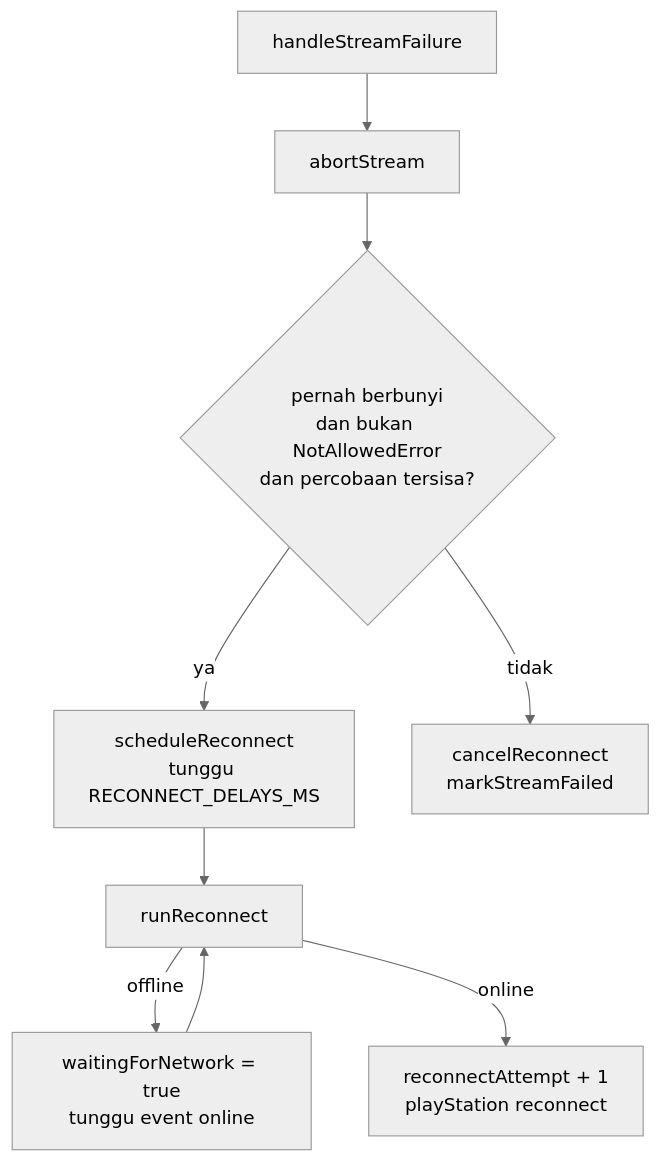
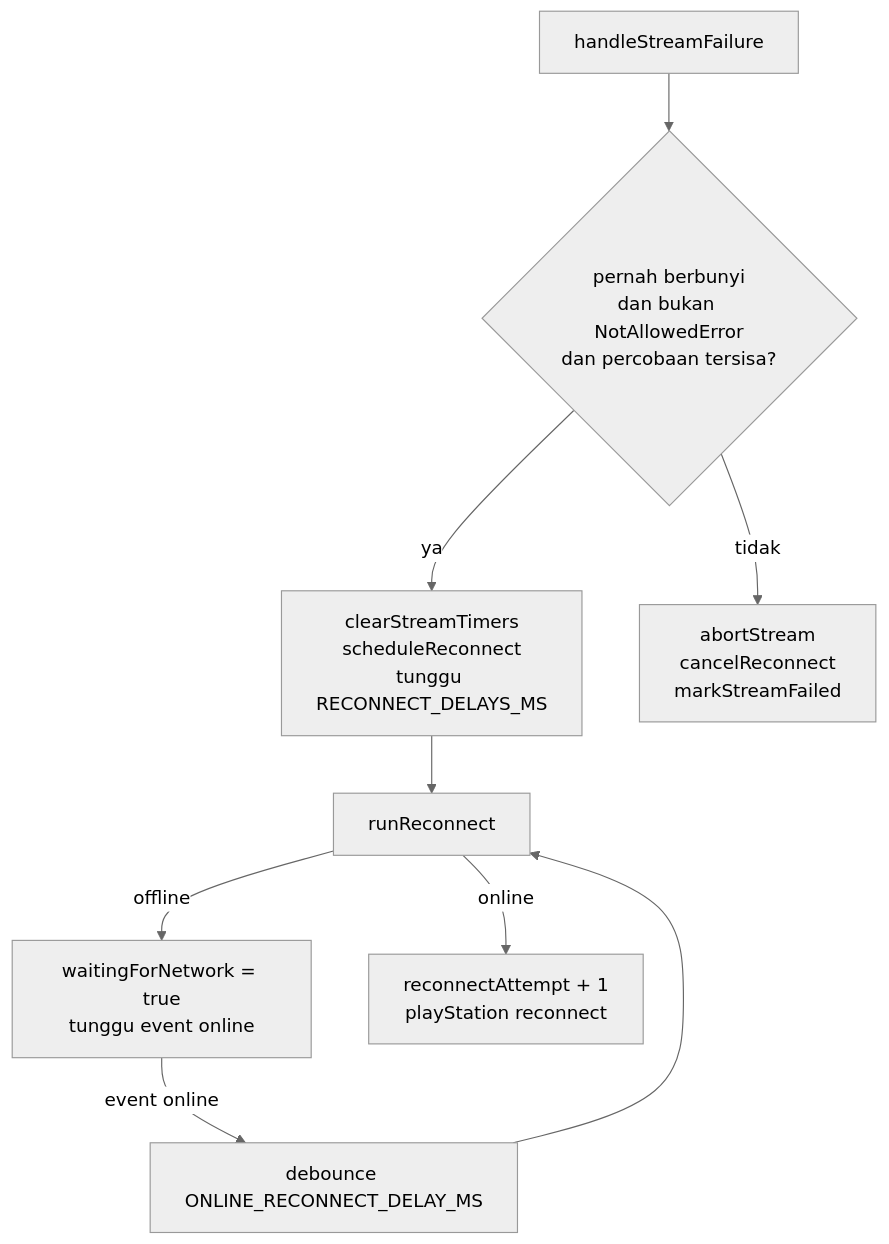
The second of 2 diagrams in docs/streaming.md (dengaranid/dengaran), drawn with Mermaid (neutral theme) before and after one commit. The commit also changed other lines of this file and 1 other file, not shown here.

````diff
--- a/docs/streaming.md
+++ b/docs/streaming.md
@@ -132,11 +138,11 @@
 ```mermaid
 flowchart TD
-    E[handleStreamFailure] --> AB[abortStream]
-    AB --> Q{pernah berbunyi<br/>dan bukan NotAllowedError<br/>dan percobaan tersisa?}
-    Q -->|ya| SR[scheduleReconnect<br/>tunggu RECONNECT_DELAYS_MS]
+    E[handleStreamFailure] --> Q{pernah berbunyi<br/>dan bukan NotAllowedError<br/>dan percobaan tersisa?}
+    Q -->|ya| SR[clearStreamTimers<br/>scheduleReconnect<br/>tunggu RECONNECT_DELAYS_MS]
     SR --> RR[runReconnect]
     RR -->|offline| W[waitingForNetwork = true<br/>tunggu event online]
-    W --> RR
+    W -->|event online| OD[debounce ONLINE_RECONNECT_DELAY_MS]
+    OD --> RR
     RR -->|online| PS[reconnectAttempt + 1<br/>playStation reconnect]
-    Q -->|tidak| MF[cancelReconnect<br/>markStreamFailed]
+    Q -->|tidak| AB[abortStream<br/>cancelReconnect<br/>markStreamFailed]
 ```
````
